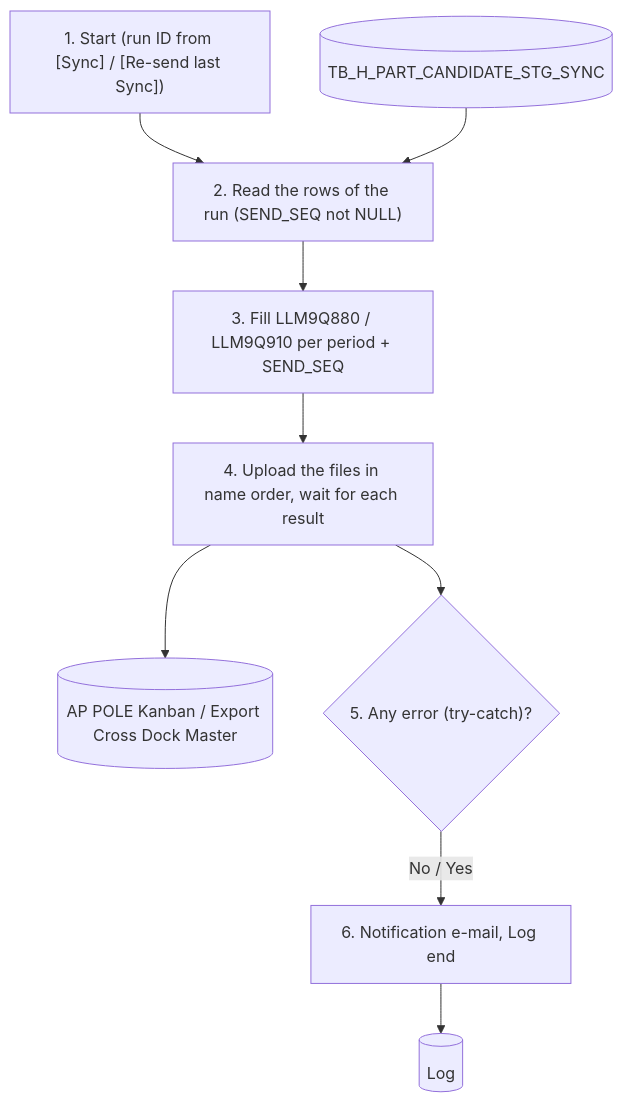
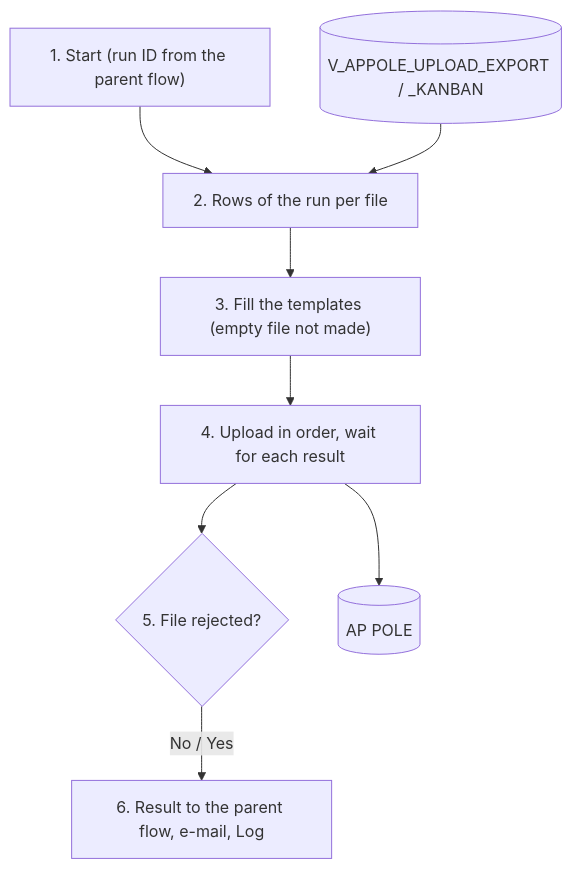
The diagram in prepare_code/uiss/XD07_Batch_IFCrossDockMasterToAPPOLE.md (ivanrayhannn/crossdockpoc), drawn with Mermaid before and after one commit. The commit also changed other lines of this file and 63 other files, not shown here.

First line of the commit message:
UISS XD01-XD03, XD05-XD07: staging per target, Period, RPA parent flow

````diff
--- a/prepare_code/uiss/XD07_Batch_IFCrossDockMasterToAPPOLE.md
+++ b/prepare_code/uiss/XD07_Batch_IFCrossDockMasterToAPPOLE.md
@@ -104,20 +92,18 @@
 ```mermaid
 flowchart TB
-  p1["1. Start (run ID from [Sync] / [Re-send last Sync])"]
-  src[("TB_H_PART_CANDIDATE_STG_SYNC")]
-  p2["2. Read the rows of the run (SEND_SEQ not NULL)"]
-  p3["3. Fill LLM9Q880 / LLM9Q910 per period + SEND_SEQ"]
-  p4["4. Upload the files in name order, wait for each result"]
-  ap[("AP POLE Kanban / Export Cross Dock Master")]
-  d{"5. Any error (try-catch)?"}
-  p6["6. Notification e-mail, Log end"]
-  log[("Log")]
+  p1["1. Start (run ID from the parent flow)"]
+  src[("V_APPOLE_UPLOAD_EXPORT / _KANBAN")]
+  p2["2. Rows of the run per file"]
+  p3["3. Fill the templates (empty file not made)"]
+  p4["4. Upload in order, wait for each result"]
+  d{"5. File rejected?"}
+  p6["6. Result to the parent flow, e-mail, Log"]
+  ap[("AP POLE")]
   p1 --> p2
   src --> p2
   p2 --> p3
   p3 --> p4
   p4 --> ap
   p4 --> d
   d -->|No / Yes| p6
-  p6 --> log
 ```
````
